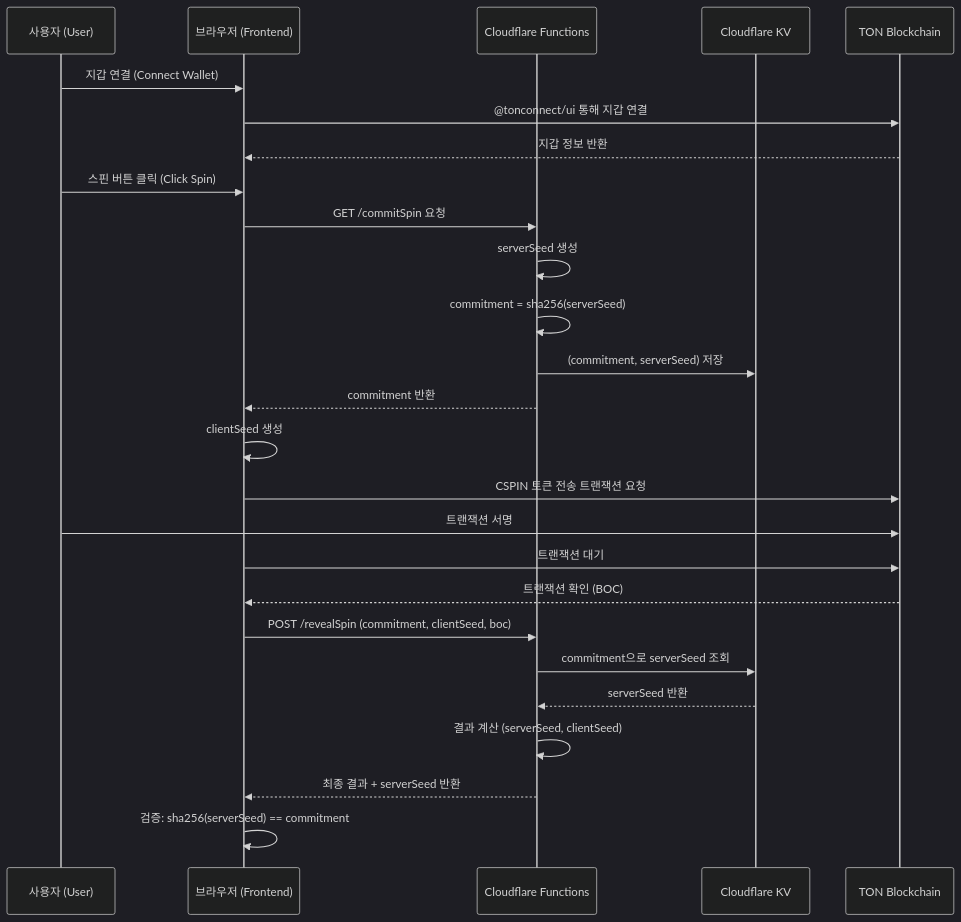
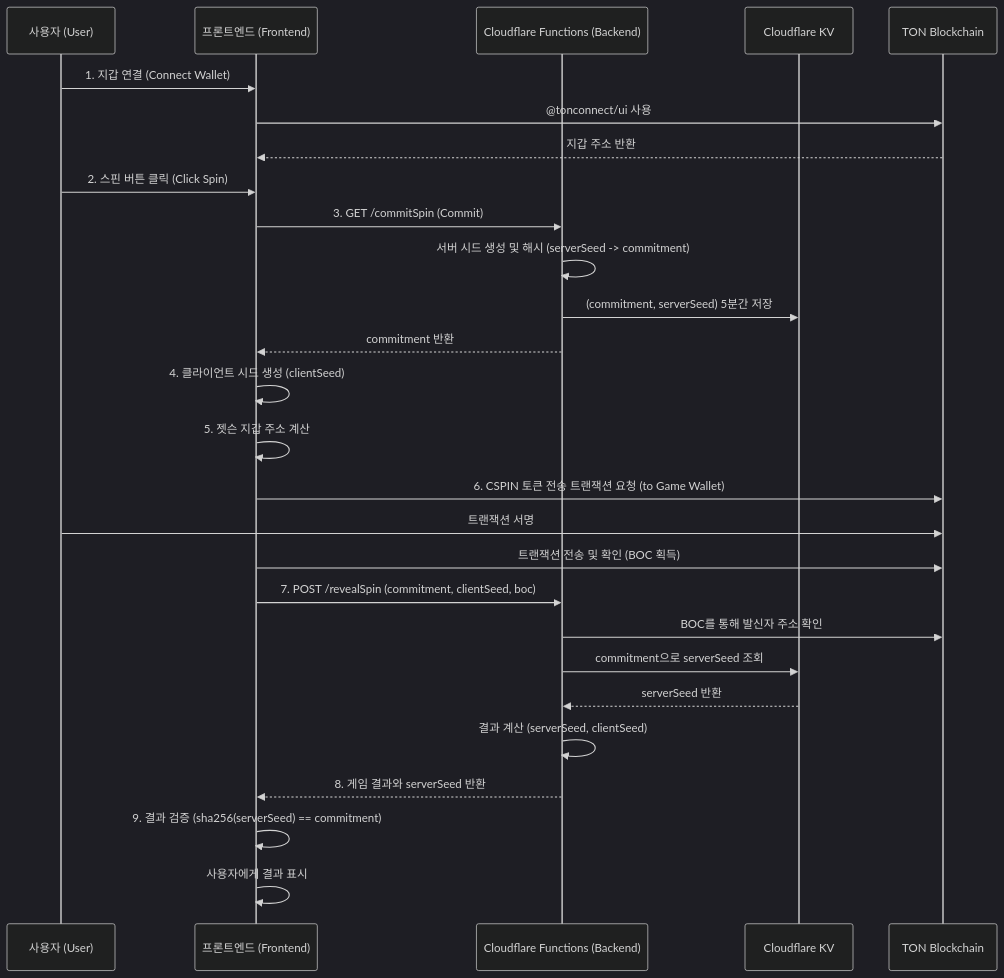
Before and after one commit to aiandyou50/slot-machine: the diagram in docs/PROJECT_ARCHITECTURE.MD, drawn with Mermaid (dark theme). The commit also changed other lines of this file and 15 other files, not shown here.

First line of the commit message:
refactor(docs): 문서 중심 AI 개발 워크플로우 도입

````diff
--- a/docs/PROJECT_ARCHITECTURE.MD
+++ b/docs/PROJECT_ARCHITECTURE.MD
@@ -35,33 +38,34 @@
 ```mermaid
 sequenceDiagram
     participant User as 사용자 (User)
-    participant Browser as 브라우저 (Frontend)
-    participant Functions as Cloudflare Functions
+    participant Browser as 프론트엔드 (Frontend)
+    participant Functions as Cloudflare Functions (Backend)
     participant KV as Cloudflare KV
     participant TON as TON Blockchain
 
-    User->>Browser: 지갑 연결 (Connect Wallet)
-    Browser->>TON: @tonconnect/ui 통해 지갑 연결
-    TON-->>Browser: 지갑 정보 반환
+    User->>Browser: 1. 지갑 연결 (Connect Wallet)
+    Browser->>TON: @tonconnect/ui 사용
+    TON-->>Browser: 지갑 주소 반환
 
-    User->>Browser: 스핀 버튼 클릭 (Click Spin)
-    Browser->>Functions: GET /commitSpin 요청
-    Functions->>Functions: serverSeed 생성
-    Functions->>Functions: commitment = sha256(serverSeed)
-    Functions->>KV: (commitment, serverSeed) 저장
+    User->>Browser: 2. 스핀 버튼 클릭 (Click Spin)
+    Browser->>Functions: 3. GET /commitSpin (Commit)
+    Functions->>Functions: 서버 시드 생성 및 해시 (serverSeed -> commitment)
+    Functions->>KV: (commitment, serverSeed) 5분간 저장
     Functions-->>Browser: commitment 반환
 
-    Browser->>Browser: clientSeed 생성
-    Browser->>TON: CSPIN 토큰 전송 트랜잭션 요청
+    Browser->>Browser: 4. 클라이언트 시드 생성 (clientSeed)
+    Browser->>Browser: 5. 젯슨 지갑 주소 계산
+    Browser->>TON: 6. CSPIN 토큰 전송 트랜잭션 요청 (to Game Wallet)
     User->>TON: 트랜잭션 서명
-    Browser->>TON: 트랜잭션 대기
-    TON-->>Browser: 트랜잭션 확인 (BOC)
+    Browser->>TON: 트랜잭션 전송 및 확인 (BOC 획득)
 
-    Browser->>Functions: POST /revealSpin (commitment, clientSeed, boc)
+    Browser->>Functions: 7. POST /revealSpin (commitment, clientSeed, boc)
+    Functions->>TON: BOC를 통해 발신자 주소 확인
     Functions->>KV: commitment으로 serverSeed 조회
     KV-->>Functions: serverSeed 반환
     Functions->>Functions: 결과 계산 (serverSeed, clientSeed)
-    Functions-->>Browser: 최종 결과 + serverSeed 반환
+    Functions-->>Browser: 8. 게임 결과와 serverSeed 반환
 
-    Browser->>Browser: 검증: sha256(serverSeed) == commitment
+    Browser->>Browser: 9. 결과 검증 (sha256(serverSeed) == commitment)
+    Browser->>Browser: 사용자에게 결과 표시
 ```
````
